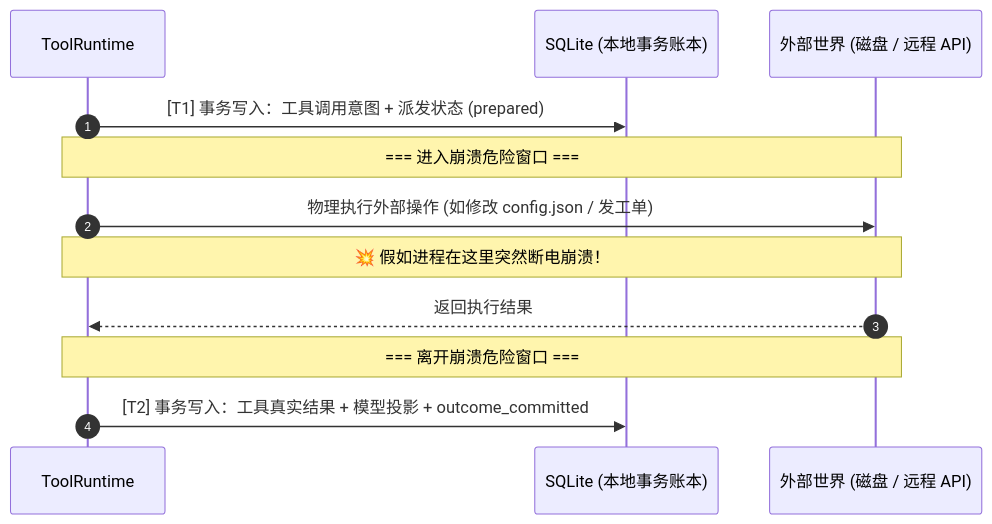
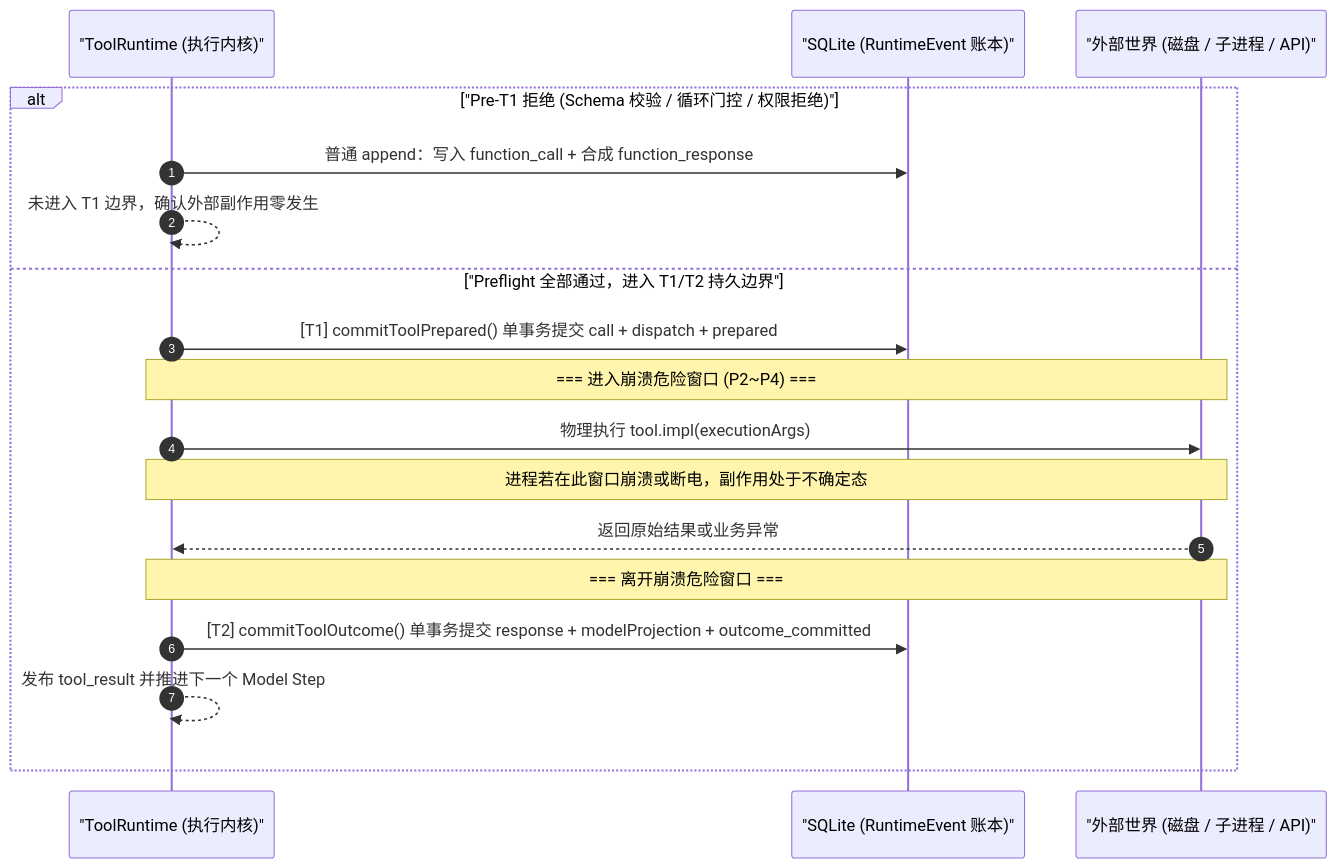
One commit to suger-m/agent-infrastructure-docs changed the first of 3 diagrams in maka-agent-infra/04-state/durable-execution.md. Above: the diagram before and after it, drawn with Mermaid. The commit also changed other lines of this file and 31 other files, not shown here.

````diff
--- a/maka-agent-infra/04-state/durable-execution.md
+++ b/maka-agent-infra/04-state/durable-execution.md
@@ -19,15 +19,21 @@
 ```mermaid
 sequenceDiagram
     autonumber
-    participant TR as ToolRuntime
-    participant DB as SQLite (本地事务账本)
-    participant Ext as 外部世界 (磁盘 / 远程 API)
+    participant TR as "ToolRuntime (执行内核)"
+    participant DB as "SQLite (RuntimeEvent 账本)"
+    participant Ext as "外部世界 (磁盘 / 子进程 / API)"
 
-    TR->>DB: [T1] 事务写入：工具调用意图 + 派发状态 (prepared)
-    Note over TR,Ext: === 进入崩溃危险窗口 ===
-    TR->>Ext: 物理执行外部操作 (如修改 config.json / 发工单)
-    Note over TR,Ext: 💥 假如进程在这里突然断电崩溃！
-    Ext-->>TR: 返回执行结果
-    Note over TR,Ext: === 离开崩溃危险窗口 ===
-    TR->>DB: [T2] 事务写入：工具真实结果 + 模型投影 + outcome_committed
+    alt "Pre-T1 拒绝 (Schema 校验 / 循环门控 / 权限拒绝)"
+        TR->>DB: 普通 append：写入 function_call + 合成 function_response
+        TR-->>TR: 未进入 T1 边界，确认外部副作用零发生
+    else "Preflight 全部通过，进入 T1/T2 持久边界"
+        TR->>DB: [T1] commitToolPrepared() 单事务提交 call + dispatch + prepared
+        Note over TR,Ext: === 进入崩溃危险窗口 (P2~P4) ===
+        TR->>Ext: 物理执行 tool.impl(executionArgs)
+        Note over TR,Ext: 进程若在此窗口崩溃或断电，副作用处于不确定态
+        Ext-->>TR: 返回原始结果或业务异常
+        Note over TR,Ext: === 离开崩溃危险窗口 ===
+        TR->>DB: [T2] commitToolOutcome() 单事务提交 response + modelProjection + outcome_committed
+        TR-->>TR: 发布 tool_result 并推进下一个 Model Step
+    end
 ```
````
